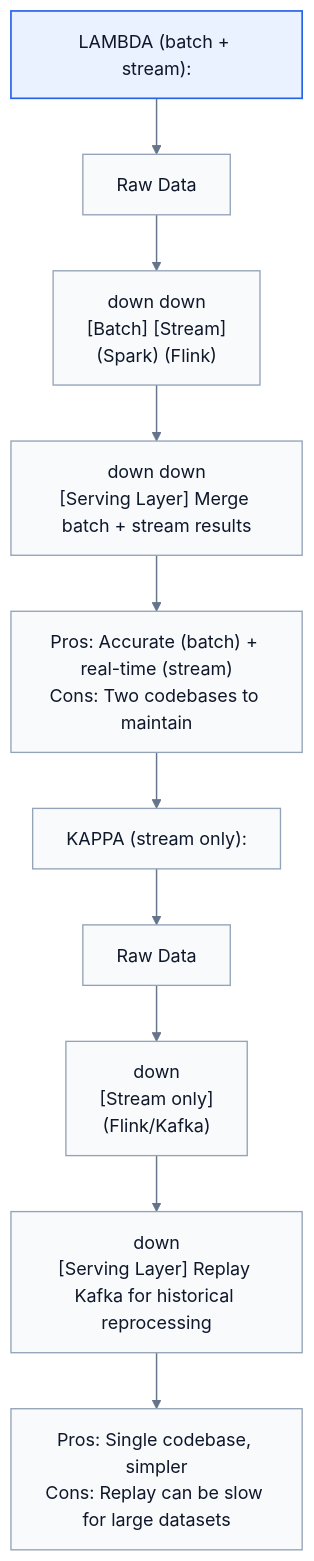
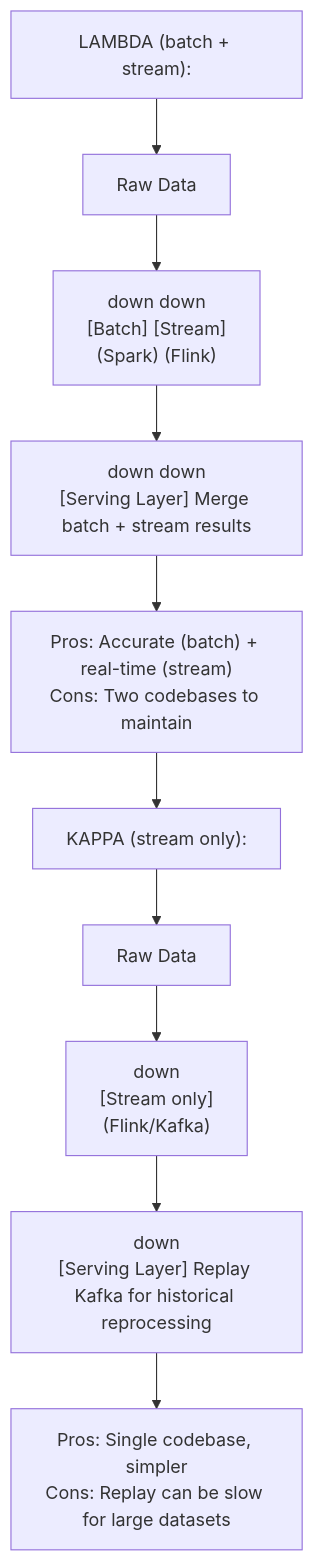
The second of 4 diagrams in 01-fundamentals/35-batch-processing.md (shivaram0583/system-design), drawn with Mermaid before and after one commit. The commit also changed other lines of this file and 64 other files, not shown here.

````diff
--- a/01-fundamentals/35-batch-processing.md
+++ b/01-fundamentals/35-batch-processing.md
@@ -98,35 +92,22 @@
 ```mermaid
 flowchart TB
-    classDef primary fill:#eaf2ff,stroke:#2563eb,stroke-width:1.5px,color:#0f172a;
-    classDef secondary fill:#f8fafc,stroke:#94a3b8,stroke-width:1.2px,color:#0f172a;
-    linkStyle default stroke:#64748b,stroke-width:1.3px;
     N0["LAMBDA (batch + stream):"]
-    class N0 primary
     N1["Raw Data"]
-    class N1 secondary
     N2["down down<br/>[Batch] [Stream]<br/>(Spark) (Flink)"]
-    class N2 secondary
     N3["down down<br/>[Serving Layer] Merge batch + stream results"]
-    class N3 secondary
     N4["Pros: Accurate (batch) + real-time (stream)<br/>Cons: Two codebases to maintain"]
-    class N4 secondary
     N5["KAPPA (stream only):"]
-    class N5 secondary
     N6["Raw Data"]
-    class N6 secondary
     N7["down<br/>[Stream only]<br/>(Flink/Kafka)"]
-    class N7 secondary
     N8["down<br/>[Serving Layer] Replay Kafka for historical reprocessing"]
-    class N8 secondary
     N9["Pros: Single codebase, simpler<br/>Cons: Replay can be slow for large datasets"]
-    class N9 secondary
     N0 --> N1
     N1 --> N2
     N2 --> N3
     N3 --> N4
     N4 --> N5
     N5 --> N6
     N6 --> N7
     N7 --> N8
     N8 --> N9
 ```
````
